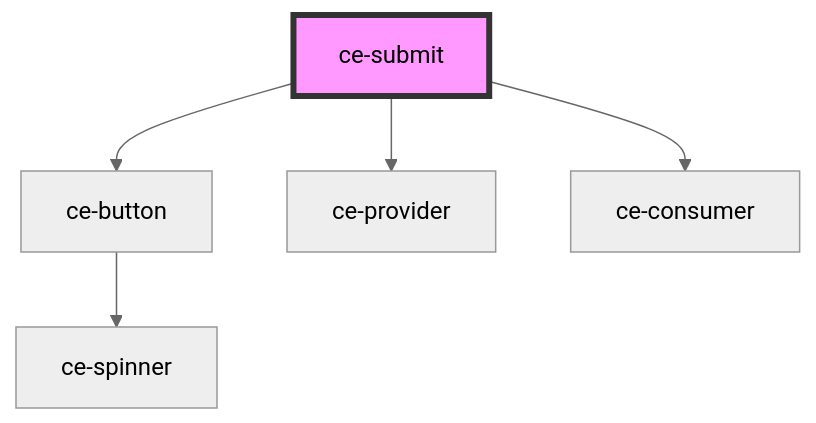
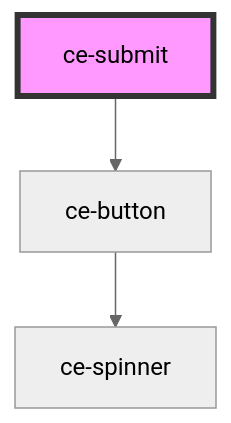
One commit to surecart/surecart-wp-plugin changed the diagram in packages/components/docs/components/controllers/submit/readme.md. Above: the diagram before and after it, drawn with Mermaid (neutral theme). The commit also changed other lines of this file and 9 other files, not shown here.

````diff
--- a/packages/components/docs/components/controllers/submit/readme.md
+++ b/packages/components/docs/components/controllers/submit/readme.md
@@ -26,8 +25,6 @@
 ```mermaid
 graph TD;
   ce-submit --> ce-button
-  ce-submit --> ce-provider
-  ce-submit --> ce-consumer
   ce-button --> ce-spinner
   style ce-submit fill:#f9f,stroke:#333,stroke-width:4px
 ```
````
